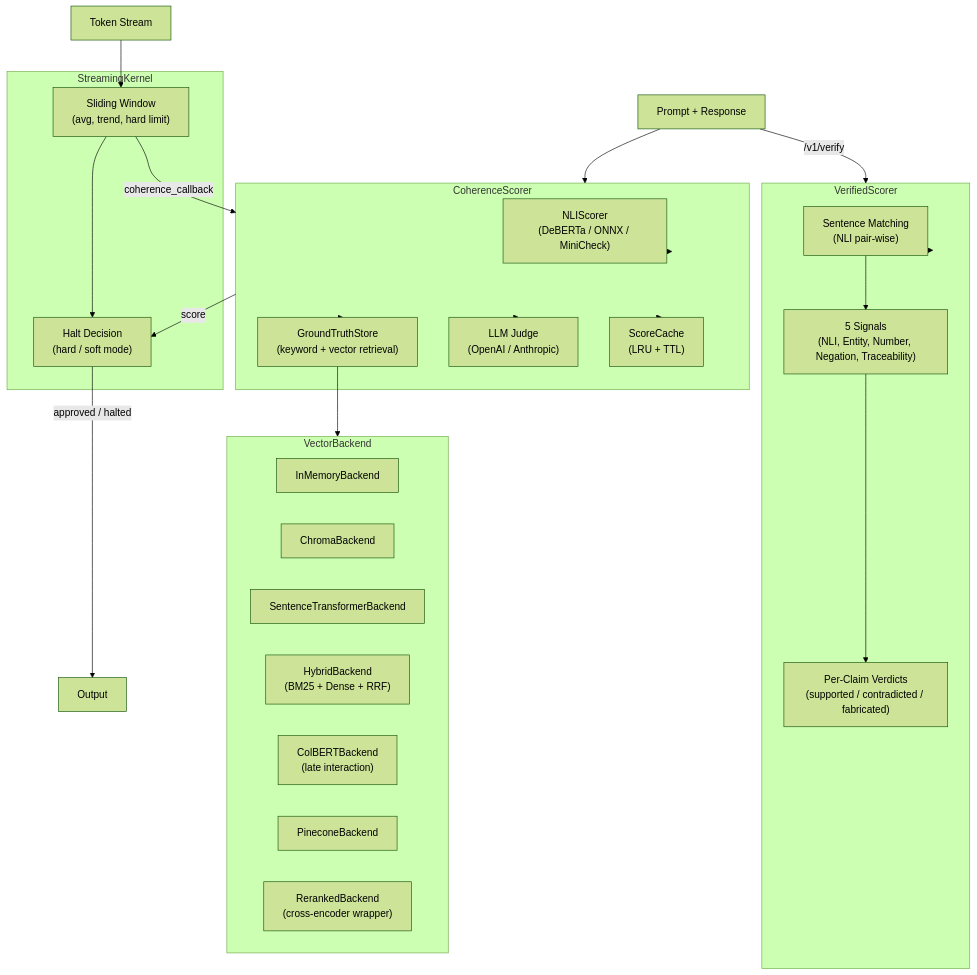
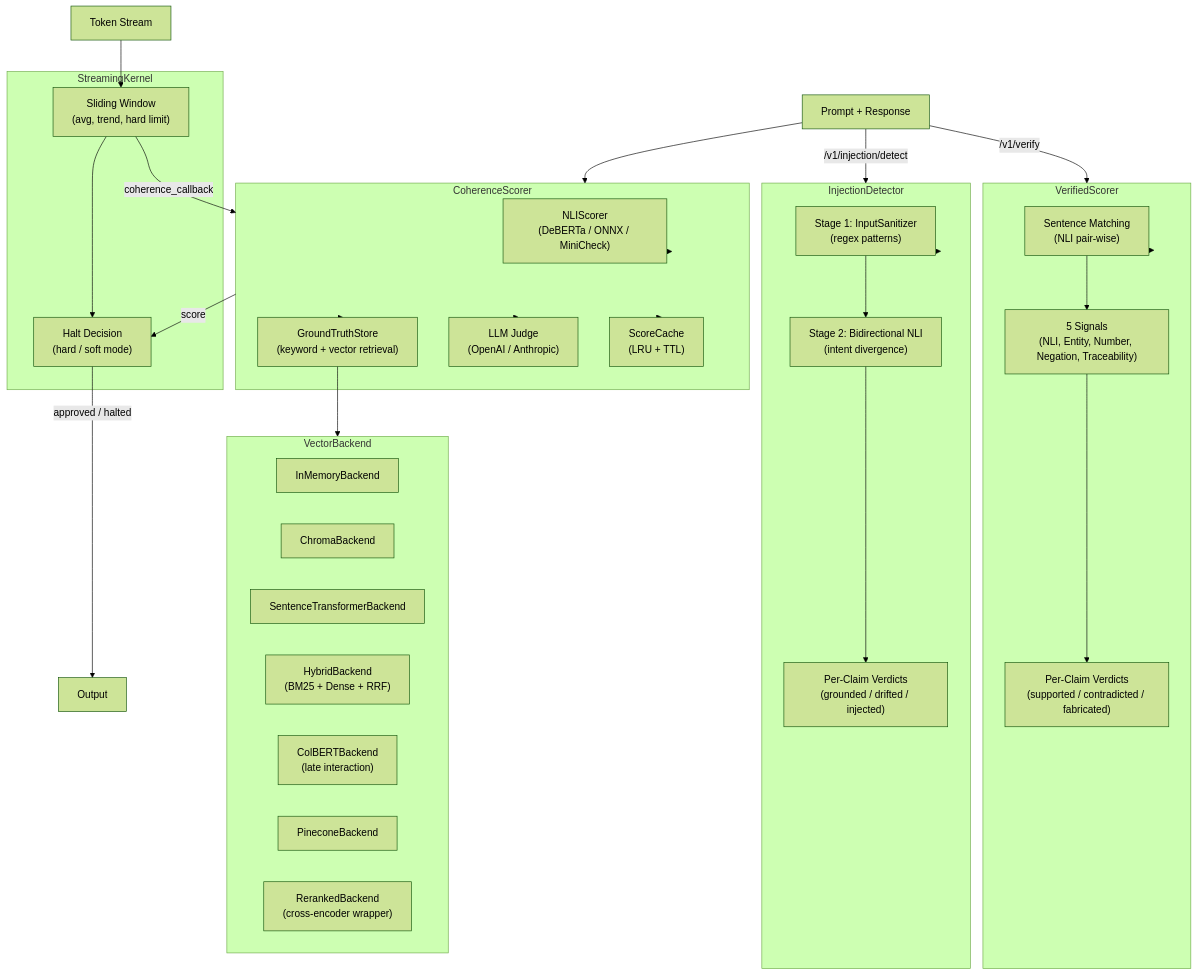
The first of 2 diagrams in docs-site/guide/architecture.md (anulum/director-ai), drawn with Mermaid (forest theme) before and after one commit. The commit also changed 18 other files, not shown here.

````diff
--- a/docs-site/guide/architecture.md
+++ b/docs-site/guide/architecture.md
@@ -5,44 +5,52 @@
 ```mermaid
 graph TD
     subgraph "CoherenceScorer"
         NLI["NLIScorer<br/>(DeBERTa / ONNX / MiniCheck)"]
         GTS["GroundTruthStore<br/>(keyword + vector retrieval)"]
         LLM["LLM Judge<br/>(OpenAI / Anthropic)"]
         Cache["ScoreCache<br/>(LRU + TTL)"]
     end
 
     subgraph "StreamingKernel"
         Window["Sliding Window<br/>(avg, trend, hard limit)"]
         Halt["Halt Decision<br/>(hard / soft mode)"]
+    end
+
+    subgraph "InjectionDetector"
+        Stage1["Stage 1: InputSanitizer<br/>(regex patterns)"]
+        Stage2["Stage 2: Bidirectional NLI<br/>(intent divergence)"]
+        Verdict["Per-Claim Verdicts<br/>(grounded / drifted / injected)"]
     end
 
     subgraph "VerifiedScorer"
         SentMatch["Sentence Matching<br/>(NLI pair-wise)"]
         Signals["5 Signals<br/>(NLI, Entity, Number, Negation, Traceability)"]
         Verdicts["Per-Claim Verdicts<br/>(supported / contradicted / fabricated)"]
     end
 
     subgraph "VectorBackend"
         IMB["InMemoryBackend"]
         Chroma["ChromaBackend"]
         ST["SentenceTransformerBackend"]
         Hybrid["HybridBackend<br/>(BM25 + Dense + RRF)"]
         ColBERT["ColBERTBackend<br/>(late interaction)"]
         Pinecone["PineconeBackend"]
         Reranker["RerankedBackend<br/>(cross-encoder wrapper)"]
     end
 
     Prompt["Prompt + Response"] --> CoherenceScorer
+    Prompt --> |"/v1/injection/detect"| InjectionDetector
+    InjectionDetector --> Stage1 --> Stage2 --> Verdict
     Prompt --> |"/v1/verify"| VerifiedScorer
     VerifiedScorer --> SentMatch --> Signals --> Verdicts
     CoherenceScorer --> NLI
     CoherenceScorer --> GTS
     CoherenceScorer --> LLM
     CoherenceScorer --> Cache
     GTS --> VectorBackend
     CoherenceScorer --> |score| Halt
     TokenStream["Token Stream"] --> Window
     Window --> |coherence_callback| CoherenceScorer
     Window --> Halt
     Halt --> |approved / halted| Output["Output"]
 ```
````
